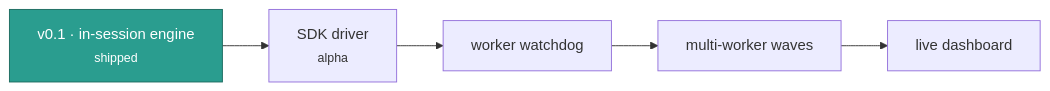
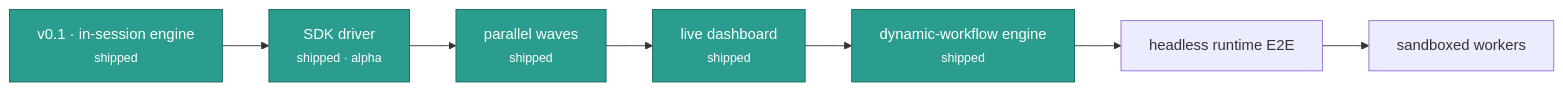
The diagram in docs/roadmap.md (Jonhvmp/leopold), drawn with Mermaid before and after one commit. The commit also changed other lines of this file and 6 other files, not shown here.

````diff
--- a/docs/roadmap.md
+++ b/docs/roadmap.md
@@ -3,9 +3,11 @@
 ```mermaid
 flowchart LR
-    V01["v0.1 · in-session engine<br/><small>shipped</small>"] --> DRV["SDK driver<br/><small>alpha</small>"]
-    DRV --> WD["worker watchdog"]
-    WD --> FAN["multi-worker waves"]
-    FAN --> DASH["live dashboard"]
+    V01["v0.1 · in-session engine<br/><small>shipped</small>"] --> DRV["SDK driver<br/><small>shipped · alpha</small>"]
+    DRV --> FAN["parallel waves<br/><small>shipped</small>"]
+    FAN --> DASH["live dashboard<br/><small>shipped</small>"]
+    DASH --> WF["dynamic-workflow engine<br/><small>shipped</small>"]
+    WF --> E2E["headless runtime E2E"]
+    E2E --> SBX["sandboxed workers"]
     classDef done fill:#2a9d8f,stroke:#1b6b5f,color:#fff;
-    class V01 done;
+    class V01,DRV,FAN,DASH,WF done;
 ```
````
